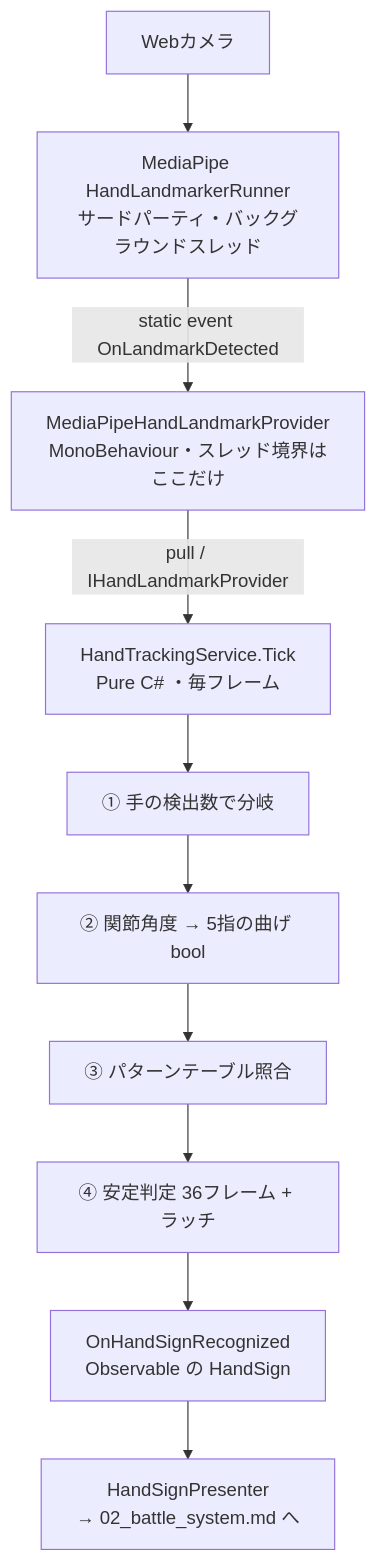
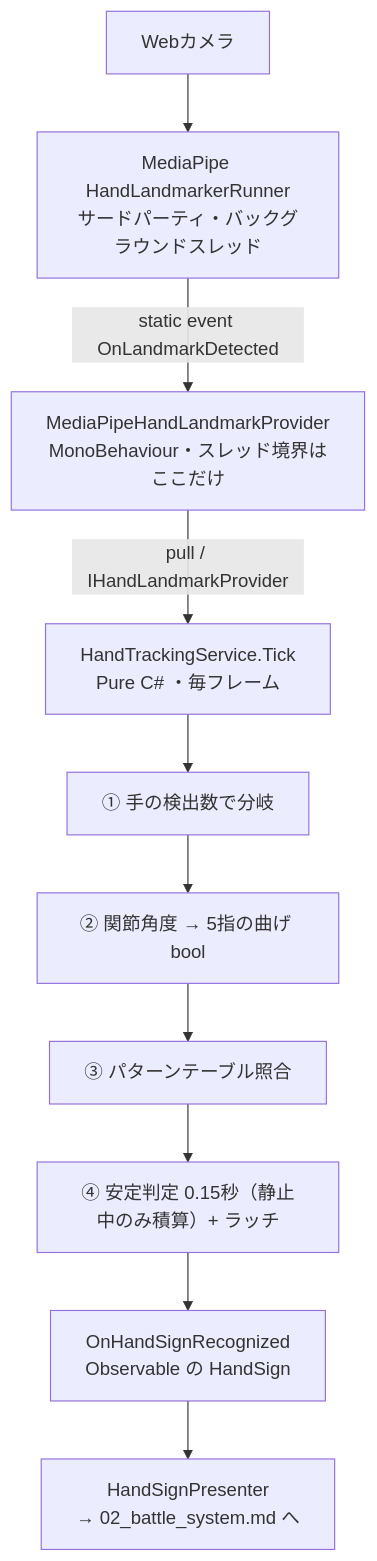
The first of 3 diagrams in MUDRA/docs/architecture/01_hand_input.md (Kapi0622/MUDRA), drawn with Mermaid before and after one commit. The commit also changed other lines of this file and 12 other files, not shown here.

````diff
--- a/MUDRA/docs/architecture/01_hand_input.md
+++ b/MUDRA/docs/architecture/01_hand_input.md
@@ -14,18 +14,18 @@
 ```mermaid
 flowchart TD
     A["Webカメラ"]
     B["MediaPipe HandLandmarkerRunner<br/>サードパーティ・バックグラウンドスレッド"]
     C["MediaPipeHandLandmarkProvider<br/>MonoBehaviour・スレッド境界はここだけ"]
     D["HandTrackingService.Tick<br/>Pure C# ・毎フレーム"]
     D1["① 手の検出数で分岐"]
     D2["② 関節角度 → 5指の曲げ bool"]
     D3["③ パターンテーブル照合"]
-    D4["④ 安定判定 36フレーム + ラッチ"]
+    D4["④ 安定判定 0.15秒（静止中のみ積算）+ ラッチ"]
     E["OnHandSignRecognized<br/>Observable の HandSign"]
     F["HandSignPresenter<br/>→ 02_battle_system.md へ"]
 
     A --> B
     B -->|"static event OnLandmarkDetected"| C
     C -->|"pull / IHandLandmarkProvider"| D
     D --> D1 --> D2 --> D3 --> D4 --> E --> F
 ```
````
